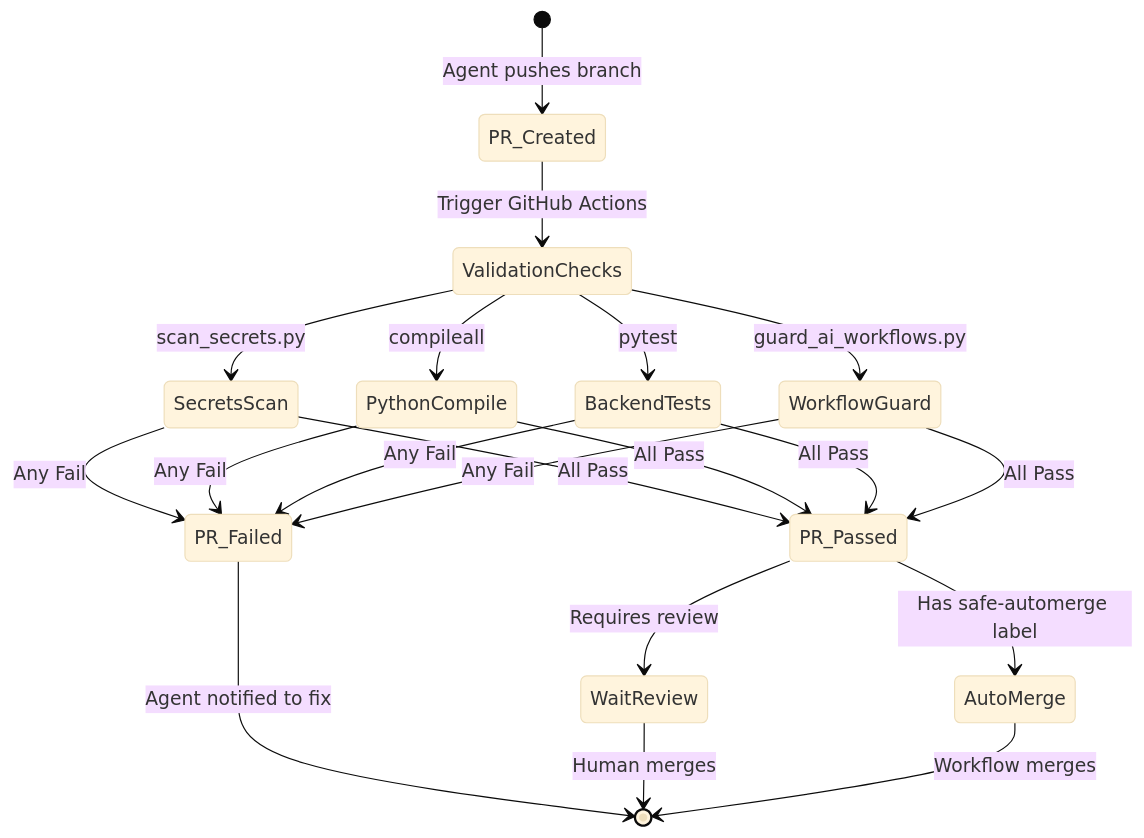
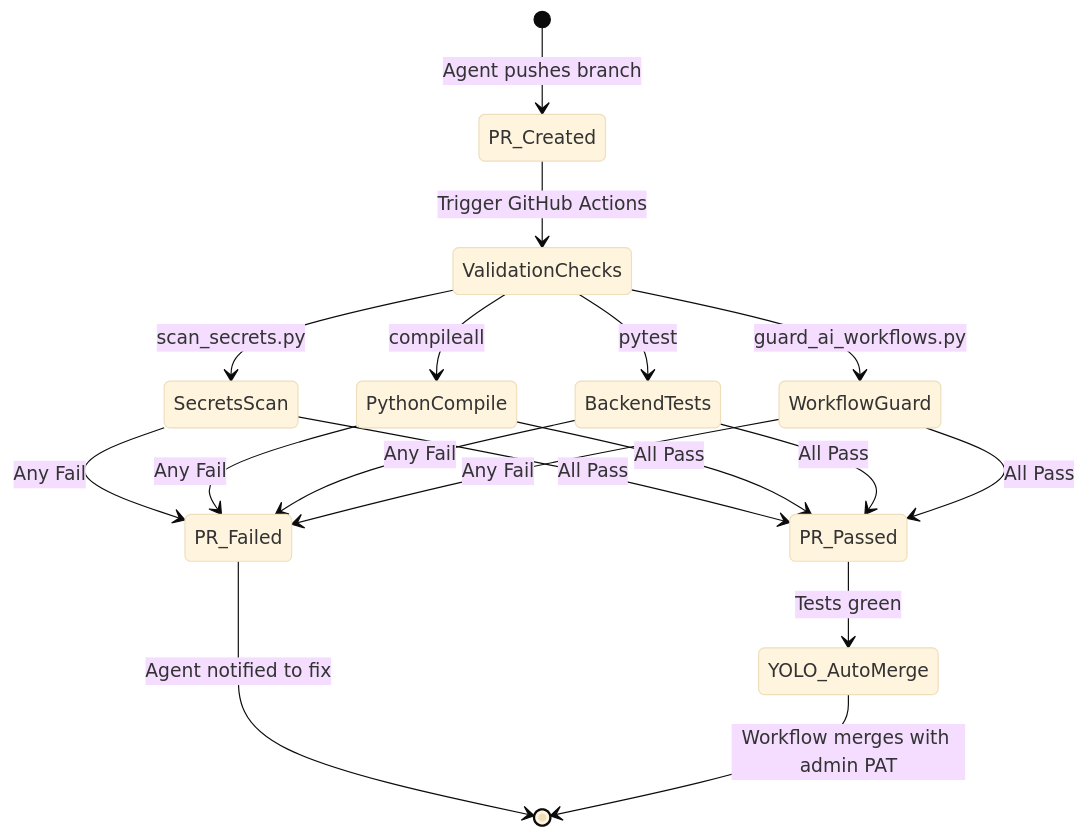
Before and after one commit to Helloguys3324/orchestratot: the second of 3 diagrams in README.md, drawn with Mermaid (base theme). The commit also changed other lines of this file and 4 other files, not shown here.

````diff
--- a/README.md
+++ b/README.md
@@ -64,22 +64,20 @@
 ```mermaid
 stateDiagram-v2
     [*] --> PR_Created: Agent pushes branch
     PR_Created --> ValidationChecks: Trigger GitHub Actions
     ValidationChecks --> SecretsScan: scan_secrets.py
     ValidationChecks --> PythonCompile: compileall
     ValidationChecks --> BackendTests: pytest
     ValidationChecks --> WorkflowGuard: guard_ai_workflows.py
     SecretsScan --> PR_Passed: All Pass
     PythonCompile --> PR_Passed: All Pass
     BackendTests --> PR_Passed: All Pass
     WorkflowGuard --> PR_Passed: All Pass
     SecretsScan --> PR_Failed: Any Fail
     PythonCompile --> PR_Failed: Any Fail
     BackendTests --> PR_Failed: Any Fail
     WorkflowGuard --> PR_Failed: Any Fail
     PR_Failed --> [*]: Agent notified to fix
-    PR_Passed --> WaitReview: Requires review
-    PR_Passed --> AutoMerge: Has safe-automerge label
-    WaitReview --> [*]: Human merges
-    AutoMerge --> [*]: Workflow merges
+    PR_Passed --> YOLO_AutoMerge: Tests green
+    YOLO_AutoMerge --> [*]: Workflow merges with admin PAT
 ```
````
